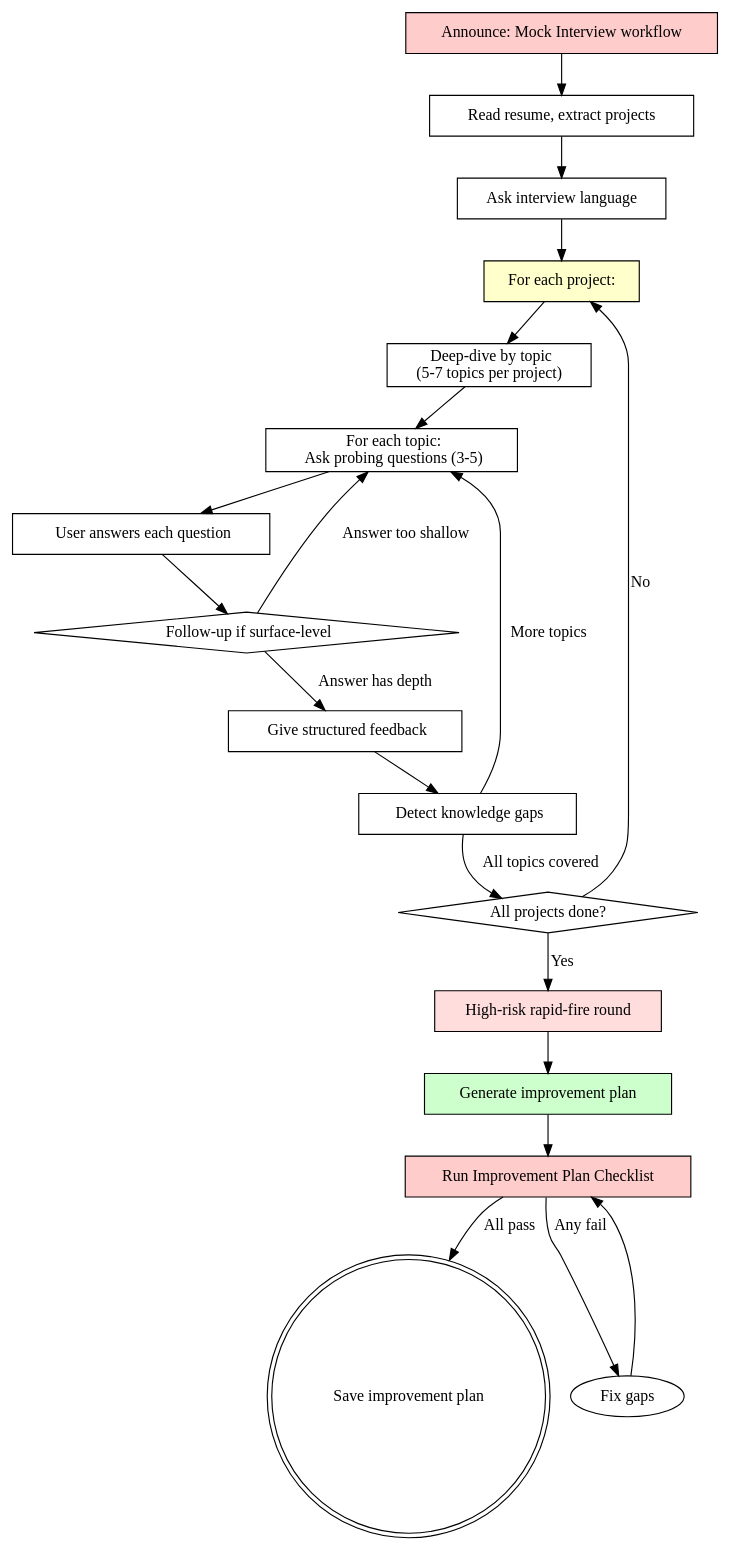
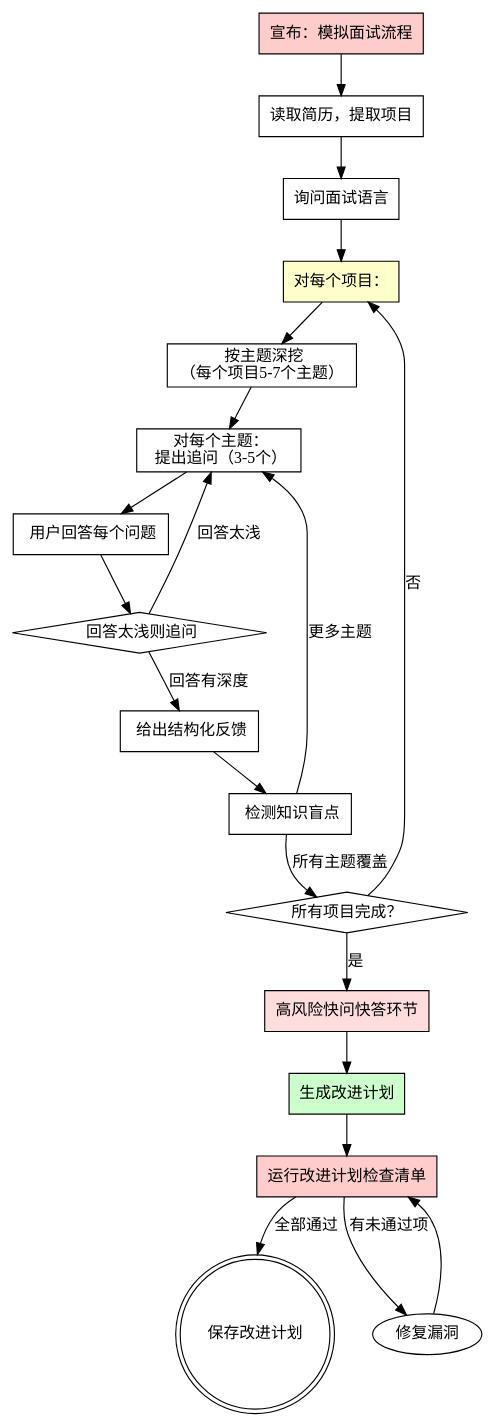
Before and after one commit to Wood-Q/Mokio-Interview-Skill: the diagram in skills/mokio-interview-skill/mock-interview.md, drawn with Graphviz. The commit also changed other lines of this file and 5 other files, not shown here.

````diff
--- a/skills/mokio-interview-skill/mock-interview.md
+++ b/skills/mokio-interview-skill/mock-interview.md
@@ -31,40 +31,40 @@
 ```dot
 digraph mock_interview {
     rankdir=TB;
-    "Announce: Mock Interview workflow" [shape=box, style=filled, fillcolor="#ffcccc"];
-    "Read resume, extract projects" [shape=box];
-    "Ask interview language" [shape=box];
-    "For each project:" [shape=box, style=filled, fillcolor="#ffffcc"];
-    "  Deep-dive by topic\n(5-7 topics per project)" [shape=box];
-    "  For each topic:\n  Ask probing questions (3-5)" [shape=box];
-    "  User answers each question" [shape=box];
-    "  Follow-up if surface-level" [shape=diamond];
-    "  Give structured feedback" [shape=box];
-    "  Detect knowledge gaps" [shape=box];
-    "All projects done?" [shape=diamond];
-    "High-risk rapid-fire round" [shape=box, style=filled, fillcolor="#ffdddd"];
-    "Generate improvement plan" [shape=box, style=filled, fillcolor="#ccffcc"];
-    "Run Improvement Plan Checklist" [shape=box, style=filled, fillcolor="#ffcccc"];
-    "Save improvement plan" [shape=doublecircle];
+    "宣布：模拟面试流程" [shape=box, style=filled, fillcolor="#ffcccc"];
+    "读取简历，提取项目" [shape=box];
+    "询问面试语言" [shape=box];
+    "对每个项目：" [shape=box, style=filled, fillcolor="#ffffcc"];
+    "  按主题深挖\n（每个项目5-7个主题）" [shape=box];
+    "  对每个主题：\n  提出追问（3-5个）" [shape=box];
+    "  用户回答每个问题" [shape=box];
+    "  回答太浅则追问" [shape=diamond];
+    "  给出结构化反馈" [shape=box];
+    "  检测知识盲点" [shape=box];
+    "所有项目完成？" [shape=diamond];
+    "高风险快问快答环节" [shape=box, style=filled, fillcolor="#ffdddd"];
+    "生成改进计划" [shape=box, style=filled, fillcolor="#ccffcc"];
+    "运行改进计划检查清单" [shape=box, style=filled, fillcolor="#ffcccc"];
+    "保存改进计划" [shape=doublecircle];
 
-    "Announce: Mock Interview workflow" -> "Read resume, extract projects";
-    "Read resume, extract projects" -> "Ask interview language";
-    "Ask interview language" -> "For each project:";
-    "For each project:" -> "  Deep-dive by topic\n(5-7 topics per project)";
-    "  Deep-dive by topic\n(5-7 topics per project)" -> "  For each topic:\n  Ask probing questions (3-5)";
-    "  For each topic:\n  Ask probing questions (3-5)" -> "  User answers each question";
-    "  User answers each question" -> "  Follow-up if surface-level";
-    "  Follow-up if surface-level" -> "  For each topic:\n  Ask probing questions (3-5)" [label="Answer too shallow"];
-    "  Follow-up if surface-level" -> "  Give structured feedback" [label="Answer has depth"];
-    "  Give structured feedback" -> "  Detect knowledge gaps";
-    "  Detect knowledge gaps" -> "  For each topic:\n  Ask probing questions (3-5)" [label="More topics"];
-    "  Detect knowledge gaps" -> "All projects done?" [label="All topics covered"];
-    "All projects done?" -> "For each project:" [label="No"];
-    "All projects done?" -> "High-risk rapid-fire round" [label="Yes"];
-    "High-risk rapid-fire round" -> "Generate improvement plan";
-    "Generate improvement plan" -> "Run Improvement Plan Checklist";
-    "Run Improvement Plan Checklist" -> "Save improvement plan" [label="All pass"];
-    "Run Improvement Plan Checklist" -> "Fix gaps" [label="Any fail"];
-    "Fix gaps" -> "Run Improvement Plan Checklist";
+    "宣布：模拟面试流程" -> "读取简历，提取项目";
+    "读取简历，提取项目" -> "询问面试语言";
+    "询问面试语言" -> "对每个项目：";
+    "对每个项目：" -> "  按主题深挖\n（每个项目5-7个主题）";
+    "  按主题深挖\n（每个项目5-7个主题）" -> "  对每个主题：\n  提出追问（3-5个）";
+    "  对每个主题：\n  提出追问（3-5个）" -> "  用户回答每个问题";
+    "  用户回答每个问题" -> "  回答太浅则追问";
+    "  回答太浅则追问" -> "  对每个主题：\n  提出追问（3-5个）" [label="回答太浅"];
+    "  回答太浅则追问" -> "  给出结构化反馈" [label="回答有深度"];
+    "  给出结构化反馈" -> "  检测知识盲点";
+    "  检测知识盲点" -> "  对每个主题：\n  提出追问（3-5个）" [label="更多主题"];
+    "  检测知识盲点" -> "所有项目完成？" [label="所有主题覆盖"];
+    "所有项目完成？" -> "对每个项目：" [label="否"];
+    "所有项目完成？" -> "高风险快问快答环节" [label="是"];
+    "高风险快问快答环节" -> "生成改进计划";
+    "生成改进计划" -> "运行改进计划检查清单";
+    "运行改进计划检查清单" -> "保存改进计划" [label="全部通过"];
+    "运行改进计划检查清单" -> "修复漏洞" [label="有未通过项"];
+    "修复漏洞" -> "运行改进计划检查清单";
 }
 ```
````
